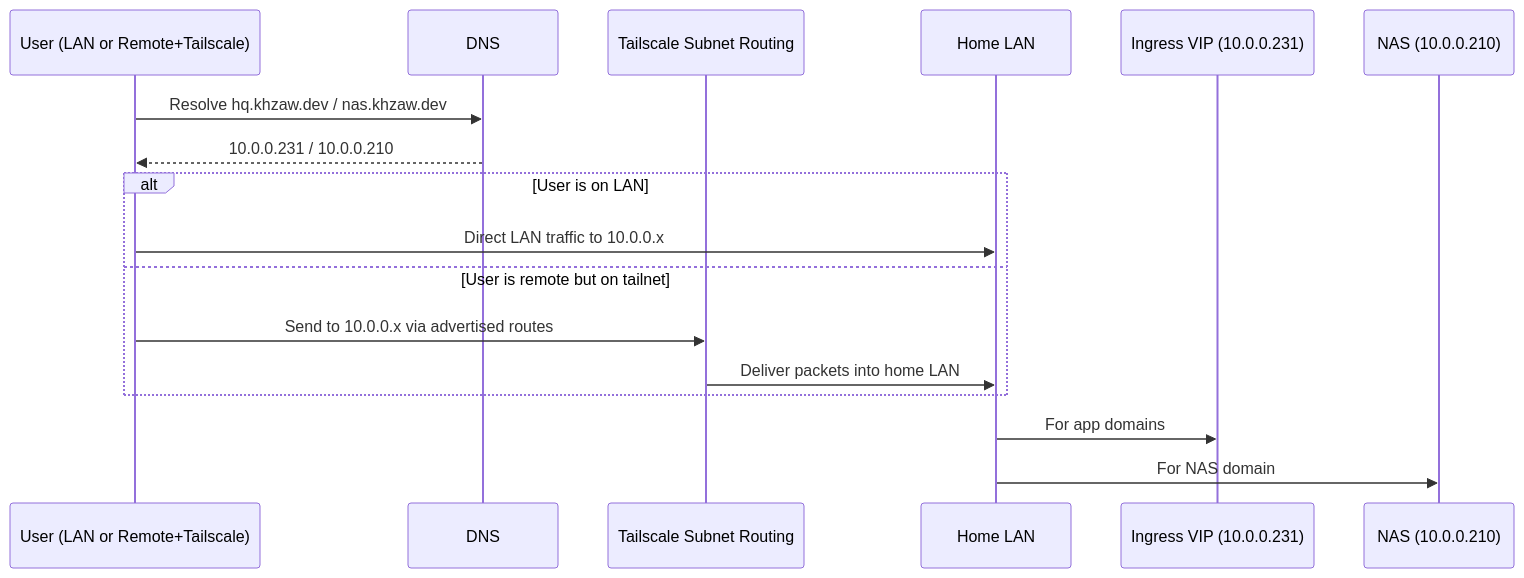
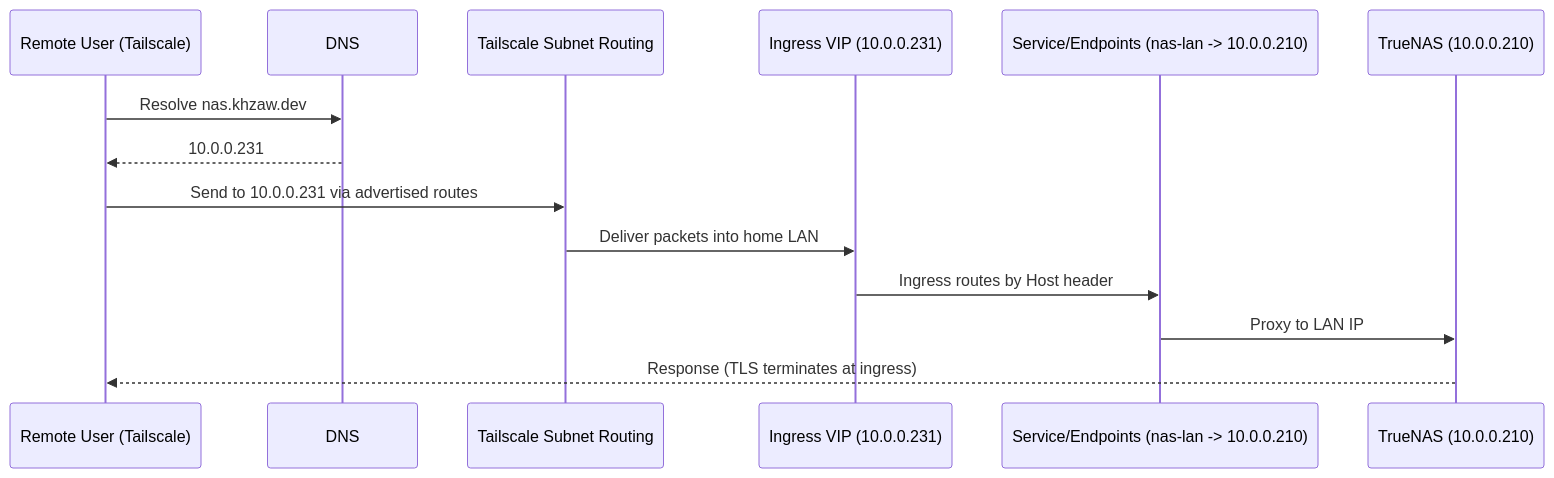
One commit to khzaw/rangoonpulse changed the third of 3 diagrams in docs/networking-current-state-and-simplification.md. Above: the diagram before and after it, drawn with Mermaid. The commit also changed other lines of this file and 4 other files, not shown here.

````diff
--- a/docs/networking-current-state-and-simplification.md
+++ b/docs/networking-current-state-and-simplification.md
@@ -119,22 +89,17 @@
 ```mermaid
 sequenceDiagram
-    participant U as User (LAN or Remote+Tailscale)
+    participant U as Remote User (Tailscale)
     participant D as DNS
     participant T as Tailscale Subnet Routing
-    participant H as Home LAN
     participant I as Ingress VIP (10.0.0.231)
-    participant N as NAS (10.0.0.210)
+    participant S as Service/Endpoints (nas-lan -> 10.0.0.210)
+    participant N as TrueNAS (10.0.0.210)
 
-    U->>D: Resolve hq.khzaw.dev / nas.khzaw.dev
-    D-->>U: 10.0.0.231 / 10.0.0.210
-
-    alt User is on LAN
-        U->>H: Direct LAN traffic to 10.0.0.x
-    else User is remote but on tailnet
-        U->>T: Send to 10.0.0.x via advertised routes
-        T->>H: Deliver packets into home LAN
-    end
-
-    H->>I: For app domains
-    H->>N: For NAS domain
+    U->>D: Resolve nas.khzaw.dev
+    D-->>U: 10.0.0.231
+    U->>T: Send to 10.0.0.231 via advertised routes
+    T->>I: Deliver packets into home LAN
+    I->>S: Ingress routes by Host header
+    S->>N: Proxy to LAN IP
+    N-->>U: Response (TLS terminates at ingress)
 ```
````
